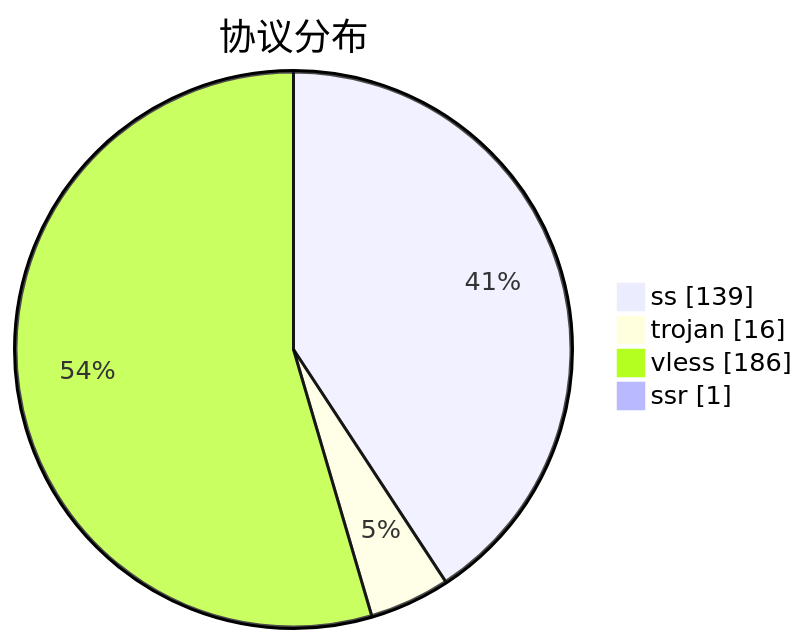
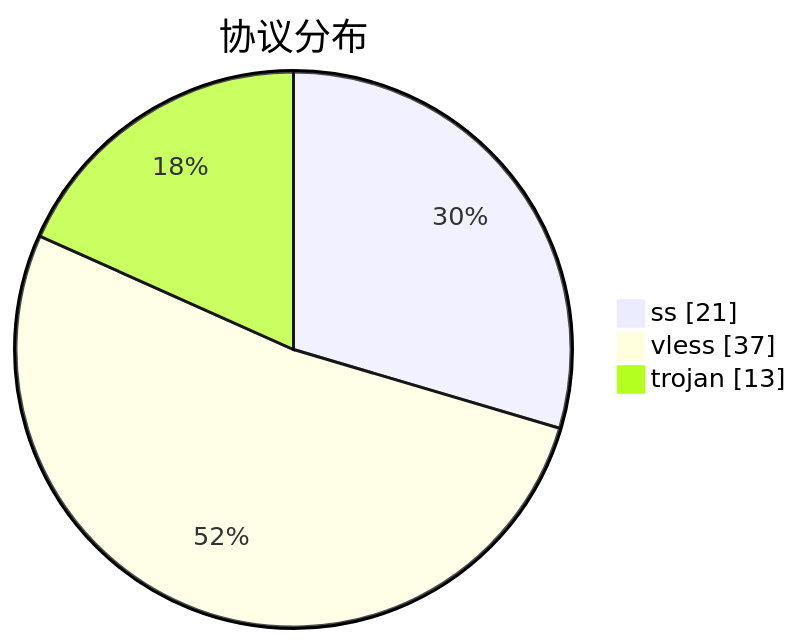
The third of 3 diagrams in subs/statistics/tested_within.md (qjlxg/airport), drawn with Mermaid before and after one commit. The commit also changed other lines of this file and 2 other files, not shown here.

````diff
--- a/subs/statistics/tested_within.md
+++ b/subs/statistics/tested_within.md
@@ -18,8 +25,7 @@
 ```mermaid
 pie showData
 title 协议分布
-"ss" : 139
-"trojan" : 16
-"vless" : 186
-"ssr" : 1
+"ss" : 21
+"vless" : 37
+"trojan" : 13
 ```
````
